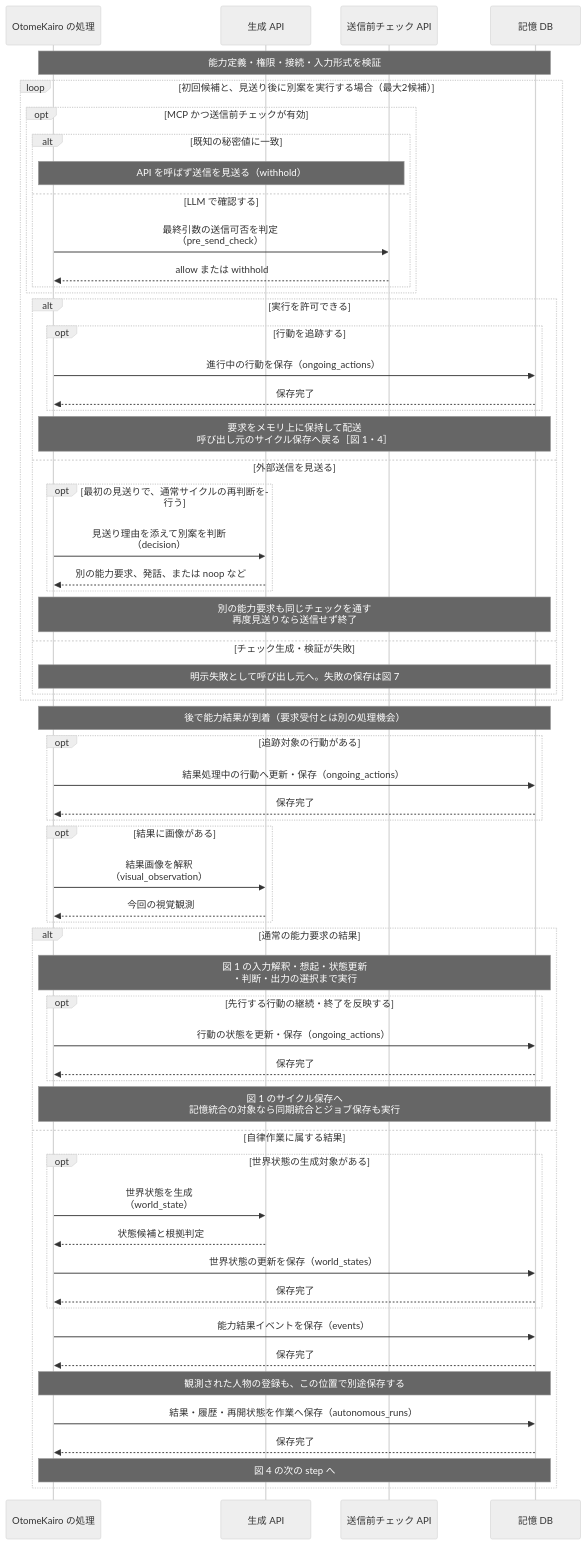
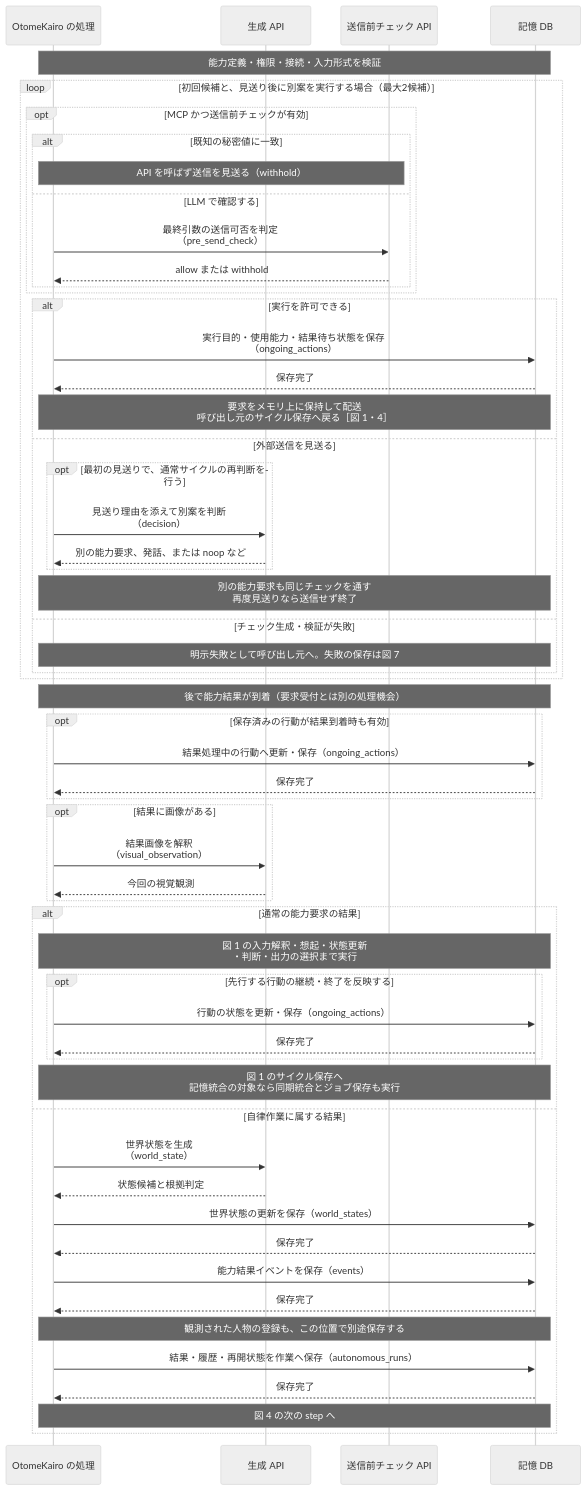
The second of 7 diagrams in docs/design/llm/LLM呼び出しシーケンス.md (hirona98/OtomeKairo), drawn with Mermaid (neutral theme) before and after one commit. The commit also changed other lines of this file and 10 other files, not shown here.

````diff
--- a/docs/design/llm/LLM呼び出しシーケンス.md
+++ b/docs/design/llm/LLM呼び出しシーケンス.md
@@ -173,65 +173,61 @@
 ```mermaid
 sequenceDiagram
     participant C as OtomeKairo の処理
     participant L as 生成 API
     participant P as 送信前チェック API
     participant D as 記憶 DB
 
     Note over C,D: 能力定義・権限・接続・入力形式を検証
     loop 初回候補と、見送り後に別案を実行する場合（最大2候補）
         opt MCP かつ送信前チェックが有効
             alt 既知の秘密値に一致
                 Note over C,P: API を呼ばず送信を見送る（withhold）
             else LLM で確認する
                 C->>P: 最終引数の送信可否を判定<br>（pre_send_check）
                 P-->>C: allow または withhold
             end
         end
         alt 実行を許可できる
-            opt 行動を追跡する
-                C->>D: 進行中の行動を保存（ongoing_actions）
-                D-->>C: 保存完了
-            end
+            C->>D: 実行目的・使用能力・結果待ち状態を保存<br>（ongoing_actions）
+            D-->>C: 保存完了
             Note over C,D: 要求をメモリ上に保持して配送<br>呼び出し元のサイクル保存へ戻る［図 1・4］
         else 外部送信を見送る
             opt 最初の見送りで、通常サイクルの再判断を行う
                 C->>L: 見送り理由を添えて別案を判断<br>（decision）
                 L-->>C: 別の能力要求、発話、または noop など
             end
             Note over C,D: 別の能力要求も同じチェックを通す<br>再度見送りなら送信せず終了
         else チェック生成・検証が失敗
             Note over C,D: 明示失敗として呼び出し元へ。失敗の保存は図 7
         end
     end
 
     Note over C,D: 後で能力結果が到着（要求受付とは別の処理機会）
-    opt 追跡対象の行動がある
+    opt 保存済みの行動が結果到着時も有効
         C->>D: 結果処理中の行動へ更新・保存（ongoing_actions）
         D-->>C: 保存完了
     end
     opt 結果に画像がある
         C->>L: 結果画像を解釈<br>（visual_observation）
         L-->>C: 今回の視覚観測
     end
     alt 通常の能力要求の結果
         Note over C,D: 図 1 の入力解釈・想起・状態更新<br>・判断・出力の選択まで実行
         opt 先行する行動の継続・終了を反映する
             C->>D: 行動の状態を更新・保存（ongoing_actions）
             D-->>C: 保存完了
         end
         Note over C,D: 図 1 のサイクル保存へ<br>記憶統合の対象なら同期統合とジョブ保存も実行
     else 自律作業に属する結果
-        opt 世界状態の生成対象がある
-            C->>L: 世界状態を生成<br>（world_state）
-            L-->>C: 状態候補と根拠判定
-            C->>D: 世界状態の更新を保存（world_states）
-            D-->>C: 保存完了
-        end
+        C->>L: 世界状態を生成<br>（world_state）
+        L-->>C: 状態候補と根拠判定
+        C->>D: 世界状態の更新を保存（world_states）
+        D-->>C: 保存完了
         C->>D: 能力結果イベントを保存（events）
         D-->>C: 保存完了
         Note over C,D: 観測された人物の登録も、この位置で別途保存する
         C->>D: 結果・履歴・再開状態を作業へ保存（autonomous_runs）
         D-->>C: 保存完了
         Note over C,D: 図 4 の次の step へ
     end
 ```
````
